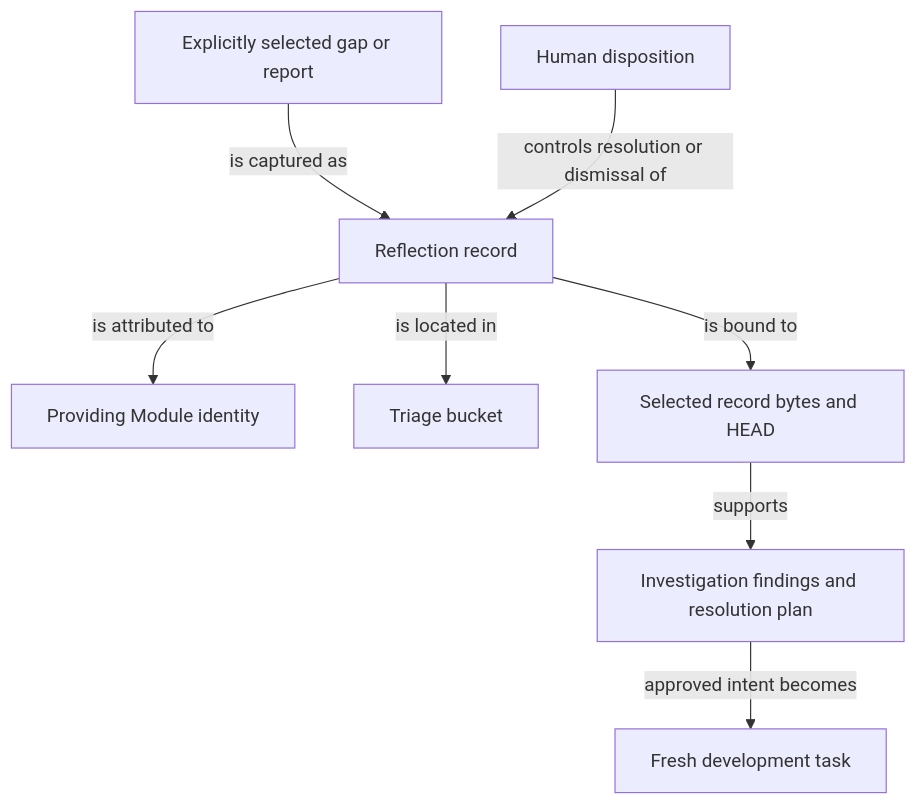
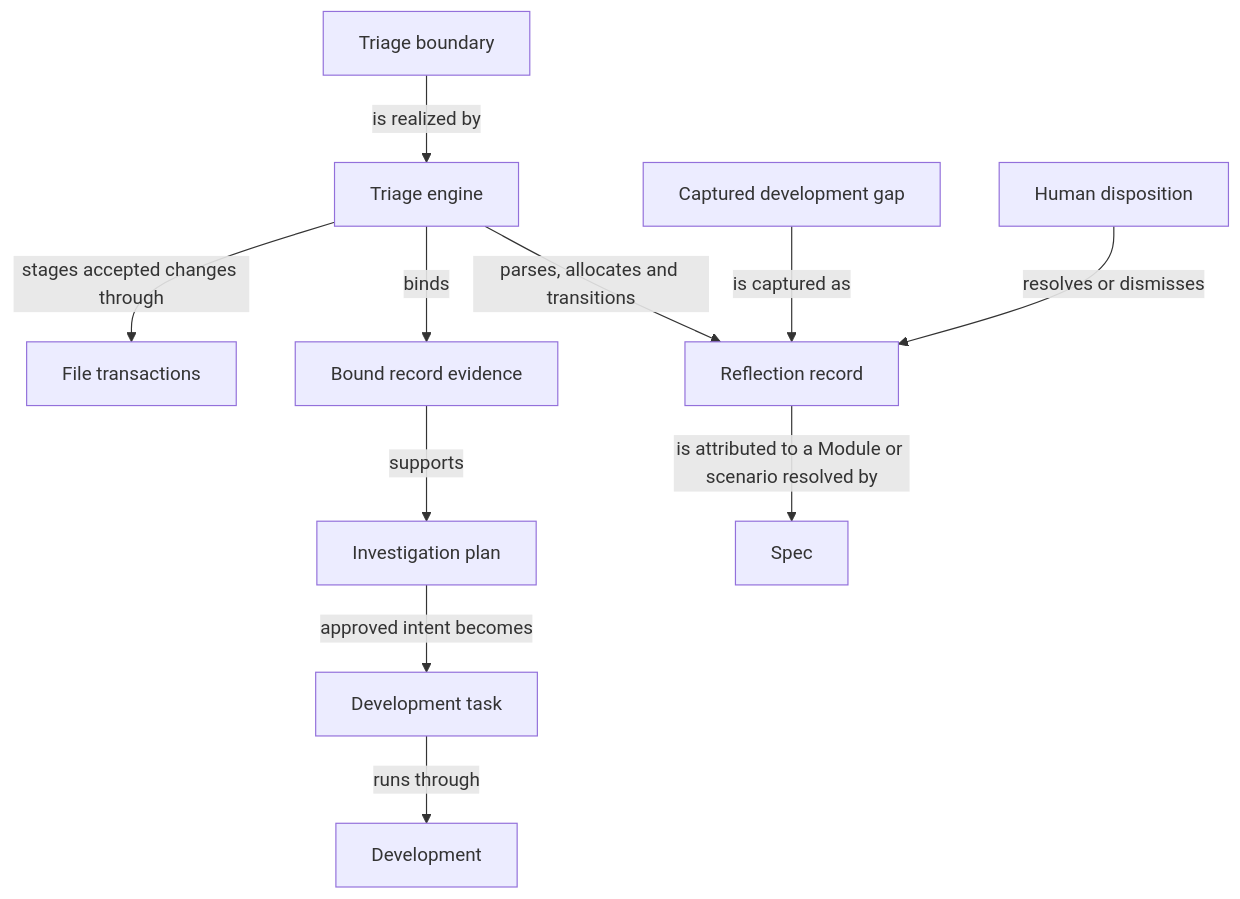
Before and after one commit to FTOD/concorde: the diagram in specs/modules/concorde/reflections/module.md, drawn with Mermaid. The commit also changed other lines of this file and 166 other files, not shown here.

First line of the commit message:
refactor(protocol)!: adopt Spec Protocol 3.0 with four-part Module Specs

````diff
--- a/specs/modules/concorde/reflections/module.md
+++ b/specs/modules/concorde/reflections/module.md
@@ -25,20 +153,26 @@
 ```mermaid
 flowchart TB
     accTitle: Reflections entities and relationships
-    accDescr: A Reflection retains a report, original comments, stable identity and Module attribution. Its status describes human disposition; its directory bucket independently describes triage progress. A monotonic allocator prevents identity reuse. An explicitly captured gap links the report to existing change history without resolving that gap.
-    gap["Explicitly selected gap or report"]
-    reflection["Reflection record"]
-    owner["Providing Module identity"]
-    bucket["Triage bucket"]
-    evidence["Selected record bytes and HEAD"]
-    plan["Investigation findings and resolution plan"]
-    task["Fresh development task"]
-    decision["Human disposition"]
-    gap -->|is captured as| reflection
-    reflection -->|is attributed to| owner
-    reflection -->|is located in| bucket
-    reflection -->|is bound to| evidence
+    accDescr: The triage boundary is realized by the triage engine, which parses and transitions Reflection records, binds selected evidence for investigation, and stages accepted changes through File transactions. A captured development gap becomes a Reflection record whose Module or scenario attribution is resolved by Spec. Bound record evidence supports an investigation plan; an approved plan becomes a development task that runs through Development. A human disposition independently resolves or dismisses the record.
+    triageBoundary["Triage boundary"]
+    triageEngine["Triage engine"]
+    record["Reflection record"]
+    gap["Captured development gap"]
+    evidence["Bound record evidence"]
+    plan["Investigation plan"]
+    task["Development task"]
+    disposition["Human disposition"]
+    spec["Spec"]
+    development["Development"]
+    fileTransactions["File transactions"]
+    triageBoundary -->|is realized by| triageEngine
+    gap -->|is captured as| record
+    triageEngine -->|parses, allocates and transitions| record
+    record -->|is attributed to a Module or scenario resolved by| spec
+    triageEngine -->|binds| evidence
     evidence -->|supports| plan
     plan -->|approved intent becomes| task
-    decision -->|controls resolution or dismissal of| reflection
+    task -->|runs through| development
+    disposition -->|resolves or dismisses| record
+    triageEngine -->|stages accepted changes through| fileTransactions
 ```
````
